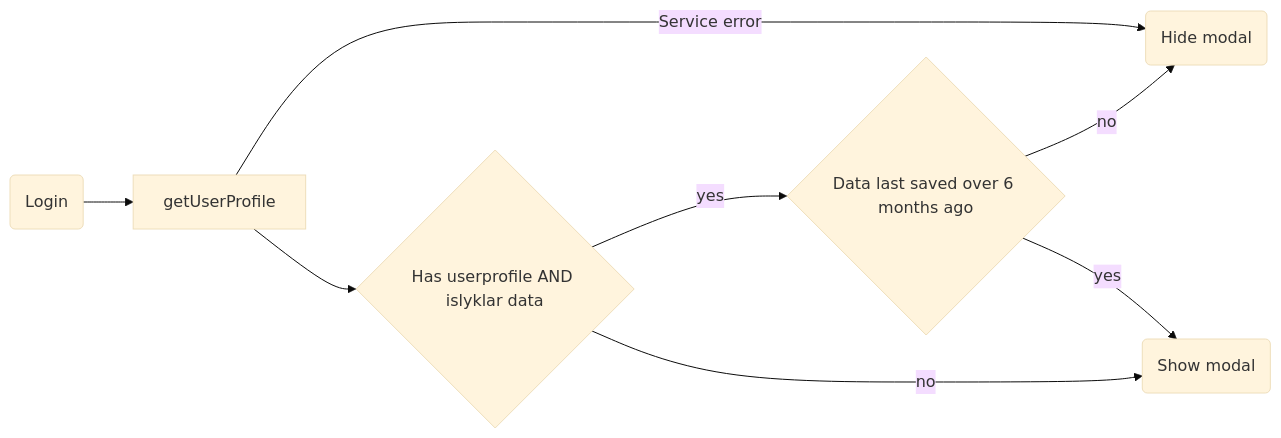
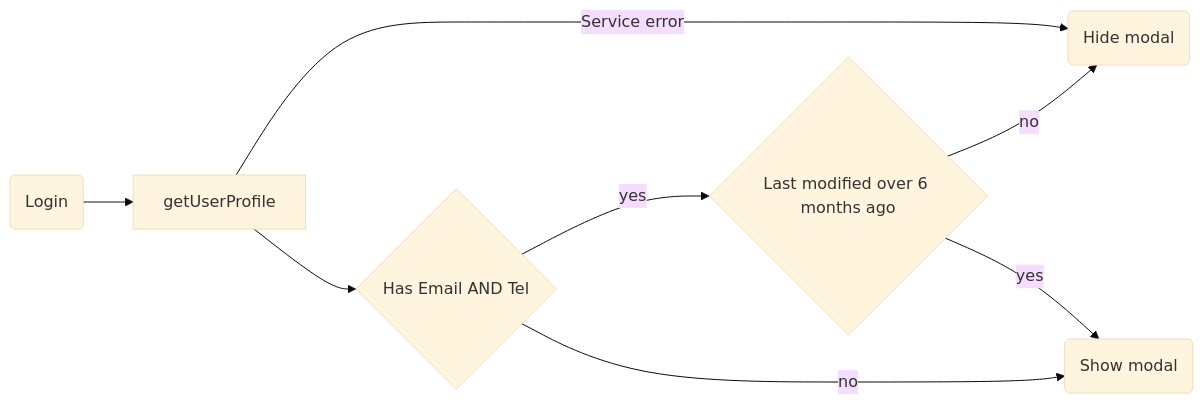
Before and after one commit to island-is/island.is: the diagram in libs/service-portal/settings/personal-information/README.md, drawn with Mermaid (base theme). The commit also changed 2 other files, not shown here.

Commit message:
Update rule when to show modal

````diff
--- a/libs/service-portal/settings/personal-information/README.md
+++ b/libs/service-portal/settings/personal-information/README.md
@@ -23,10 +23,10 @@
 ```mermaid
 graph LR
 START(Login) --> A
 A[getUserProfile] -- Service error --> NO(Hide modal)
-A --> BOTH{Has userprofile AND islyklar data}
-BOTH -- yes --> MAYBE{Data last saved over 6 months ago}
+A --> BOTH{Has Email AND Tel}
+BOTH -- yes --> MAYBE{Last modified over 6 months ago}
 BOTH -- no --> YES
 MAYBE -- no --> NO
 MAYBE -- yes --> YES(Show modal)
 ```
````
